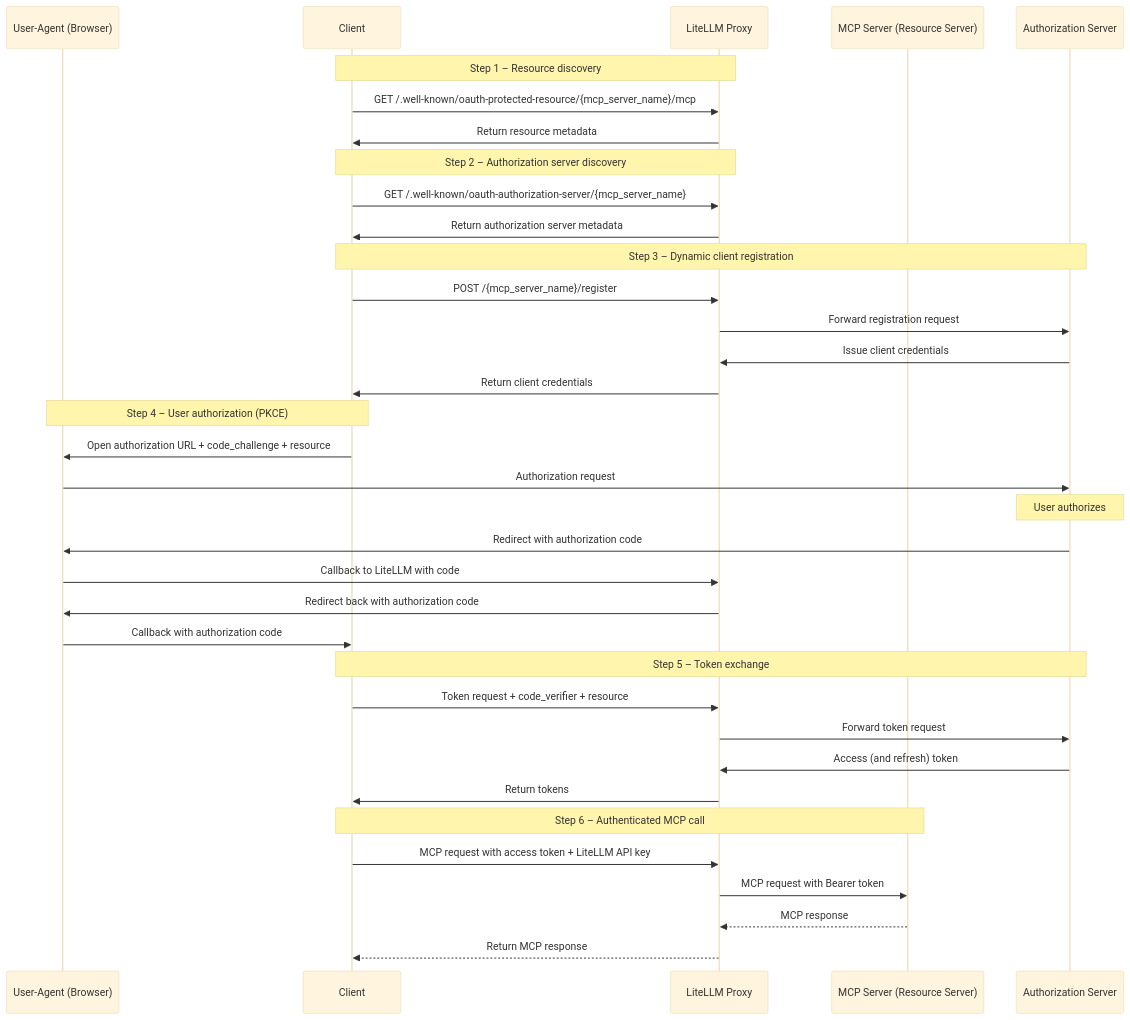
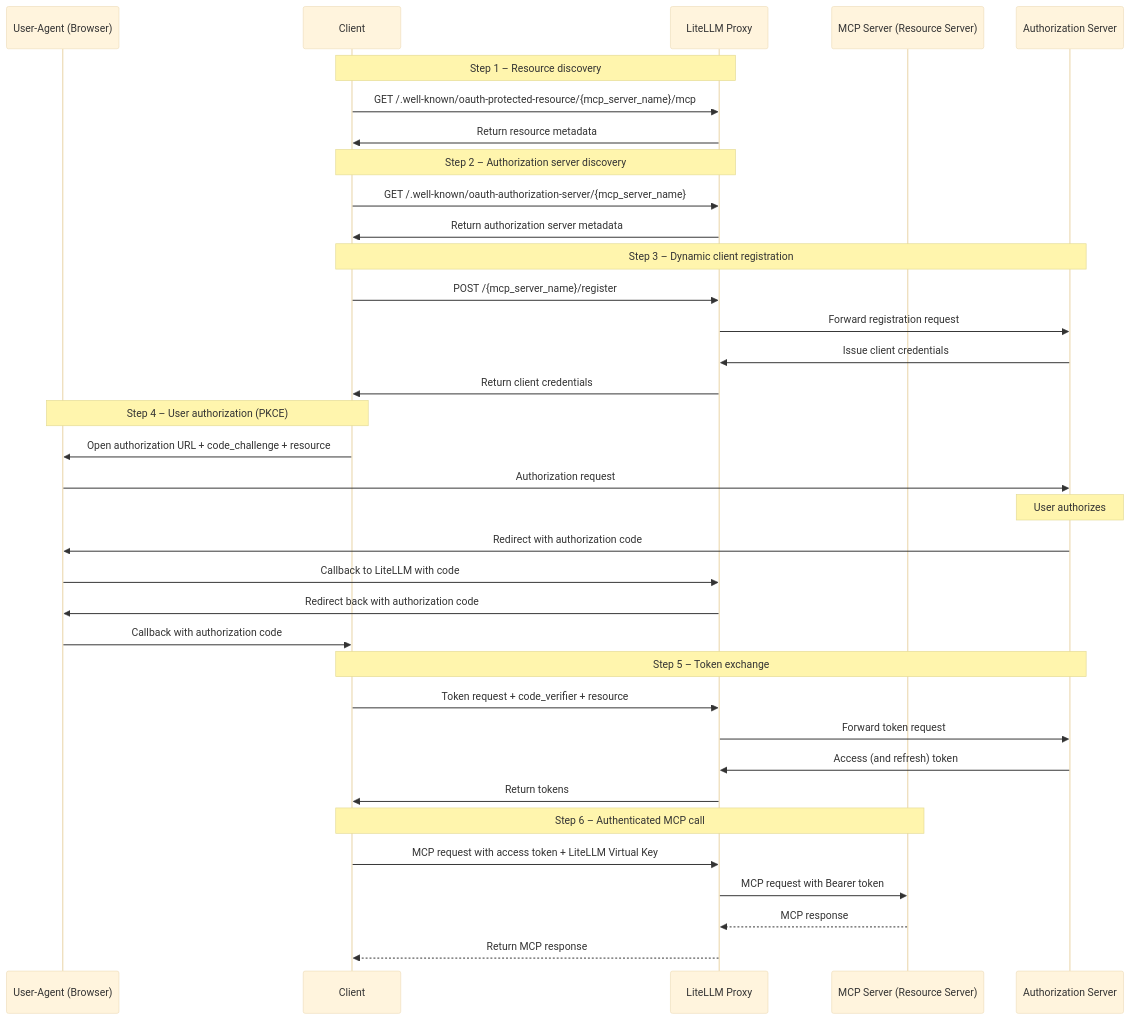
The first of 2 diagrams in docs/mcp_oauth.md (BerriAI/litellm-docs), drawn with Mermaid (base theme) before and after one commit. The commit also changed other lines of this file and 16 other files, not shown here.

````diff
--- a/docs/mcp_oauth.md
+++ b/docs/mcp_oauth.md
@@ -35,43 +40,43 @@
 ```mermaid
 sequenceDiagram
     participant Browser as User-Agent (Browser)
     participant Client as Client
     participant LiteLLM as LiteLLM Proxy
     participant MCP as MCP Server (Resource Server)
     participant Auth as Authorization Server
 
     Note over Client,LiteLLM: Step 1 – Resource discovery
     Client->>LiteLLM: GET /.well-known/oauth-protected-resource/{mcp_server_name}/mcp
     LiteLLM->>Client: Return resource metadata
 
     Note over Client,LiteLLM: Step 2 – Authorization server discovery
     Client->>LiteLLM: GET /.well-known/oauth-authorization-server/{mcp_server_name}
     LiteLLM->>Client: Return authorization server metadata
 
     Note over Client,Auth: Step 3 – Dynamic client registration
     Client->>LiteLLM: POST /{mcp_server_name}/register
     LiteLLM->>Auth: Forward registration request
     Auth->>LiteLLM: Issue client credentials
     LiteLLM->>Client: Return client credentials
 
     Note over Client,Browser: Step 4 – User authorization (PKCE)
     Client->>Browser: Open authorization URL + code_challenge + resource
     Browser->>Auth: Authorization request
     Note over Auth: User authorizes
     Auth->>Browser: Redirect with authorization code
     Browser->>LiteLLM: Callback to LiteLLM with code
     LiteLLM->>Browser: Redirect back with authorization code
     Browser->>Client: Callback with authorization code
 
     Note over Client,Auth: Step 5 – Token exchange
     Client->>LiteLLM: Token request + code_verifier + resource
     LiteLLM->>Auth: Forward token request
     Auth->>LiteLLM: Access (and refresh) token
     LiteLLM->>Client: Return tokens
 
     Note over Client,MCP: Step 6 – Authenticated MCP call
-    Client->>LiteLLM: MCP request with access token + LiteLLM API key
+    Client->>LiteLLM: MCP request with access token + LiteLLM Virtual Key
     LiteLLM->>MCP: MCP request with Bearer token
     MCP-->>LiteLLM: MCP response
     LiteLLM-->>Client: Return MCP response
 ```
````
